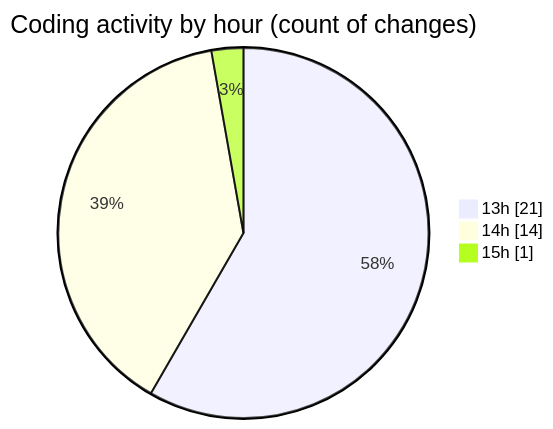
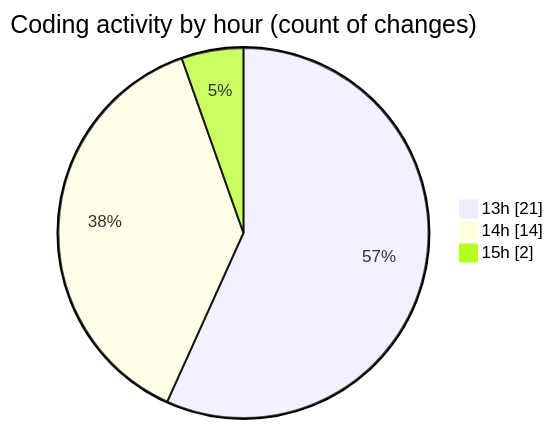
The second of 2 diagrams in 2025-01-14/trackers_app/README.md (donsfak/code-tracking), drawn with Mermaid before and after one commit. The commit also changed other lines of this file and 1 other file, not shown here.

````diff
--- a/2025-01-14/trackers_app/README.md
+++ b/2025-01-14/trackers_app/README.md
@@ -36,7 +36,7 @@
 ```mermaid
 pie showData
 title Coding activity by hour (count of changes)
 "13h" : 21
 "14h" : 14
-"15h" : 1
+"15h" : 2
 ```
````
